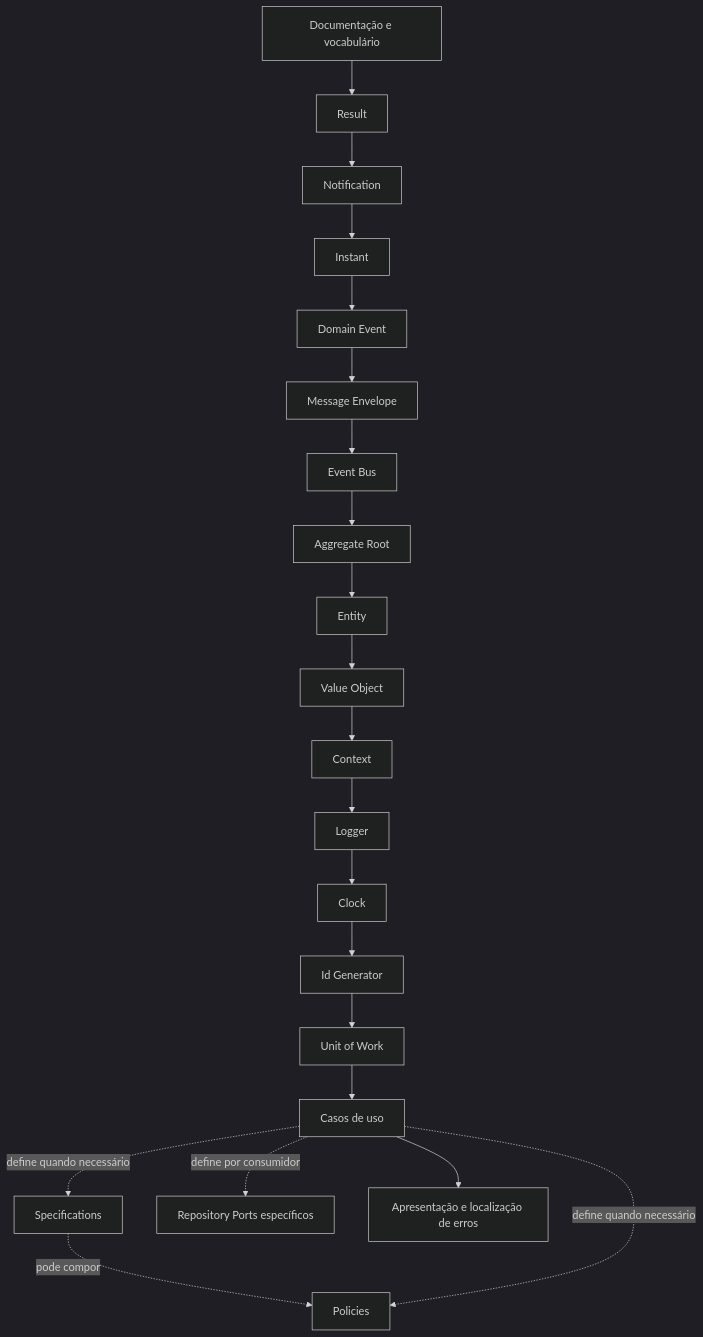
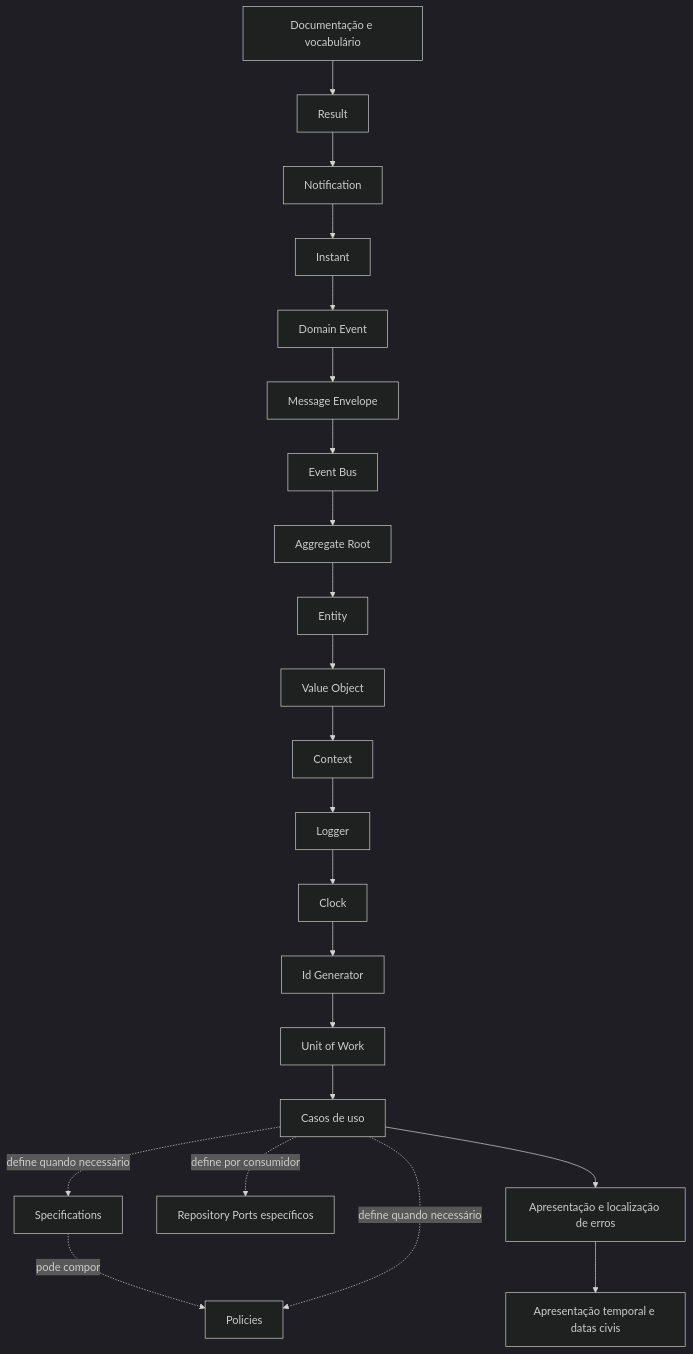
The diagram in docs/roadmap.md (MauricioGomes02/servir), drawn with Mermaid (dark theme) before and after one commit. The commit also changed other lines of this file and 3 other files, not shown here.

First line of the commit message:
docs(architecture): plan temporal presentation and civil dates

````diff
--- a/docs/roadmap.md
+++ b/docs/roadmap.md
@@ -23,23 +23,24 @@
 ```mermaid
 flowchart TD
     D[Documentação e vocabulário] --> R[Result]
     R --> N[Notification]
     N --> I[Instant]
     I --> DE[Domain Event]
     DE --> M[Message Envelope]
     M --> EB[Event Bus]
     EB --> AR[Aggregate Root]
     AR --> E[Entity]
     E --> VO[Value Object]
     VO --> C[Context]
     C --> L[Logger]
     L --> CL[Clock]
     CL --> ID[Id Generator]
     ID --> U[Unit of Work]
     U --> UC[Casos de uso]
     UC -. define quando necessário .-> S[Specifications]
     S -. pode compor .-> P[Policies]
     UC -. define quando necessário .-> P
     UC -. define por consumidor .-> RC[Repository Ports específicos]
     UC --> PL[Apresentação e localização de erros]
+    PL --> TP[Apresentação temporal e datas civis]
 ```
````
